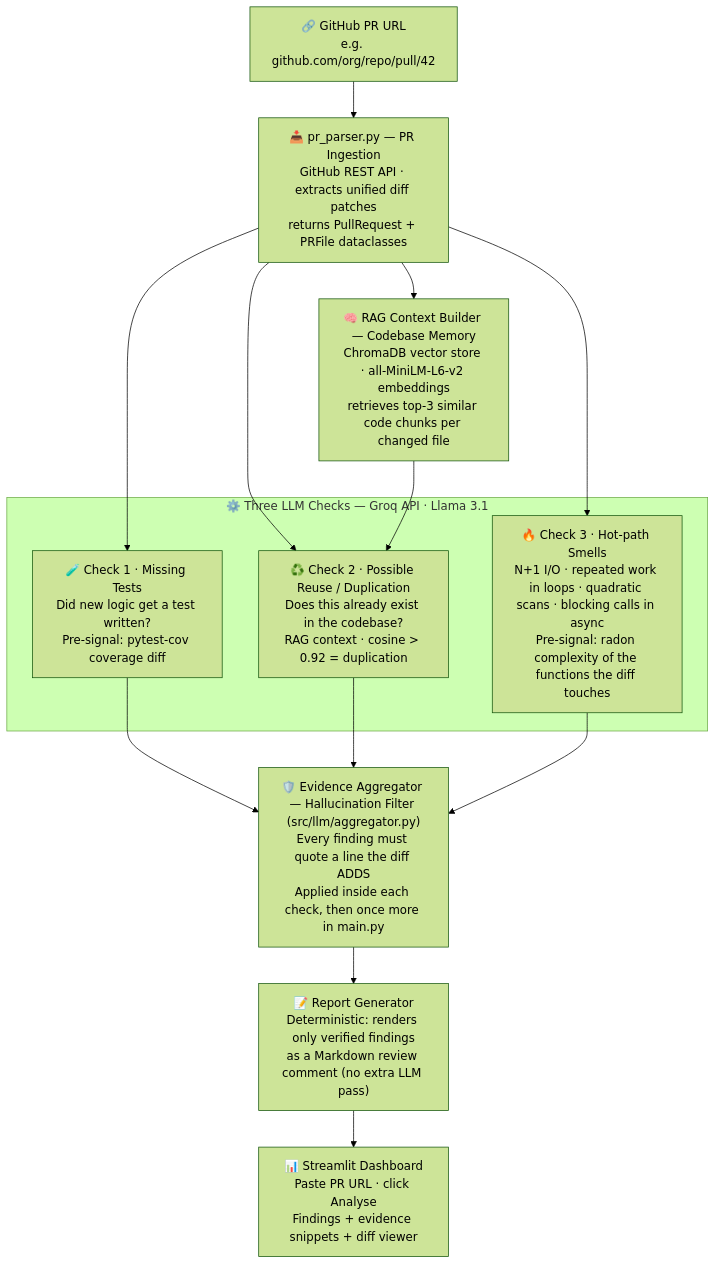
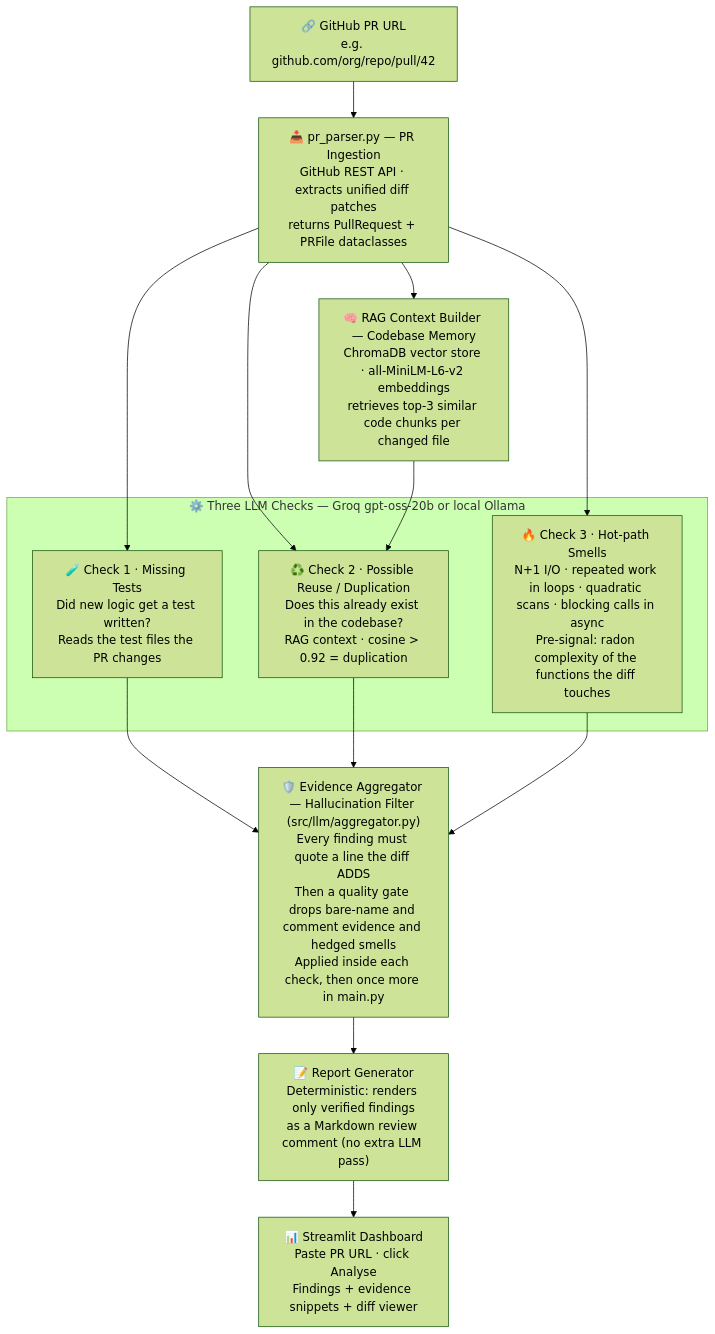
One commit to sumukha-r/pr-rakshaka changed the diagram in docs/architecture.md. Above: the diagram before and after it, drawn with Mermaid (forest theme). The commit also changed other lines of this file and 144 other files, not shown here.

Commit message:
Added Real-PR evaluation results, dev-eval fixes, README and architecture updates

````diff
--- a/docs/architecture.md
+++ b/docs/architecture.md
@@ -13,29 +13,29 @@
 ```mermaid
 flowchart TD
     A["🔗 GitHub PR URL\ne.g. github.com/org/repo/pull/42"]
 
     A --> B["📥 pr_parser.py — PR Ingestion\nGitHub REST API · extracts unified diff patches\nreturns PullRequest + PRFile dataclasses"]
 
     B --> C["🧠 RAG Context Builder — Codebase Memory\nChromaDB vector store · all-MiniLM-L6-v2 embeddings\nretrieves top-3 similar code chunks per changed file"]
 
     B --> D1
     B --> D2
     B --> D3
     C --> D2
 
-    subgraph checks["⚙️ Three LLM Checks  —  Groq API · Llama 3.1"]
-        D1["🧪 Check 1 · Missing Tests\nDid new logic get a test written?\nPre-signal: pytest-cov coverage diff"]
+    subgraph checks["⚙️ Three LLM Checks  —  Groq gpt-oss-20b or local Ollama"]
+        D1["🧪 Check 1 · Missing Tests\nDid new logic get a test written?\nReads the test files the PR changes"]
         D2["♻️ Check 2 · Possible Reuse / Duplication\nDoes this already exist in the codebase?\nRAG context · cosine > 0.92 = duplication"]
         D3["🔥 Check 3 · Hot-path Smells\nN+1 I/O · repeated work in loops · quadratic scans · blocking calls in async\nPre-signal: radon complexity of the functions the diff touches"]
     end
 
     D1 --> E
     D2 --> E
     D3 --> E
 
-    E["🛡️ Evidence Aggregator — Hallucination Filter (src/llm/aggregator.py)\nEvery finding must quote a line the diff ADDS\nApplied inside each check, then once more in main.py"]
+    E["🛡️ Evidence Aggregator — Hallucination Filter (src/llm/aggregator.py)\nEvery finding must quote a line the diff ADDS\nThen a quality gate drops bare-name and comment evidence and hedged smells\nApplied inside each check, then once more in main.py"]
 
     E --> F["📝 Report Generator\nDeterministic: renders only verified findings\nas a Markdown review comment (no extra LLM pass)"]
 
     F --> G["📊 Streamlit Dashboard\nPaste PR URL · click Analyse\nFindings + evidence snippets + diff viewer"]
 ```
````
